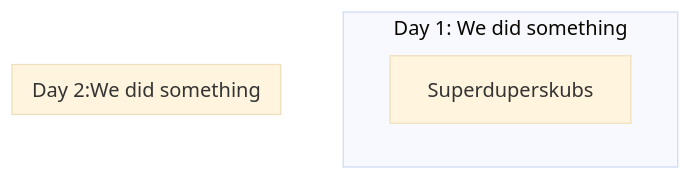
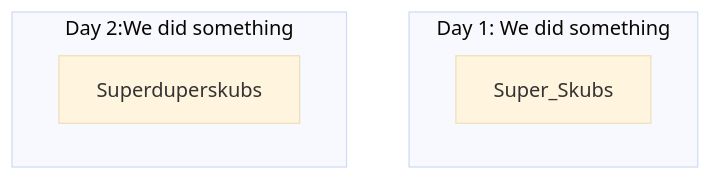
One commit to rsharma5128/student changed the second of 2 diagrams in _posts/Foundation/B-tools_and_equipment/2025-11-21-tools_quest.md. Above: the diagram before and after it, drawn with Mermaid (base theme).

Commit message:
changed letters

````diff
--- a/_posts/Foundation/B-tools_and_equipment/2025-11-21-tools_quest.md
+++ b/_posts/Foundation/B-tools_and_equipment/2025-11-21-tools_quest.md
@@ -59,9 +59,9 @@
 ```mermaid
 flowchart TD
     subgraph Day_1[Day 1: We did something]
         A[Super_Skubs]:::dayuno 
 end
     subgraph Day_2[Day 2:We did something]
-        A[Superduperskubs]:::daydos
+        B[Superduperskubs]:::daydos
 end
 ```
````
